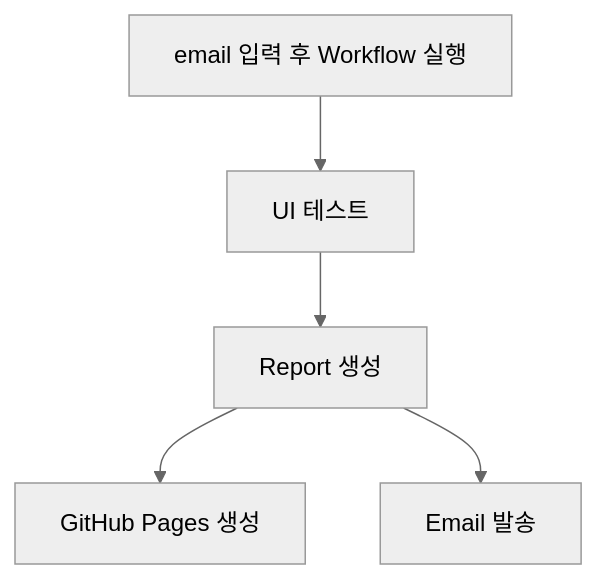
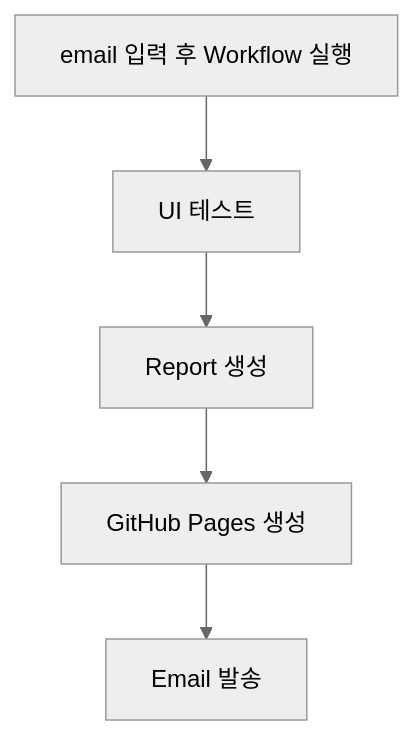
One commit to jhj2867/selenium-project changed the diagram in README.md. Above: the diagram before and after it, drawn with Mermaid (neutral theme). The commit also changed other lines of this file, not shown here.

Commit message:
readme.md

````diff
--- a/README.md
+++ b/README.md
@@ -8,7 +10,7 @@
 ```mermaid
 flowchart TD
     A[email 입력 후 Workflow 실행] --> B[UI 테스트]
     B --> C[Report 생성]
     C --> D[GitHub Pages 생성]
-    C --> E[Email 발송]
+    D --> E[Email 발송]
 ```
````
